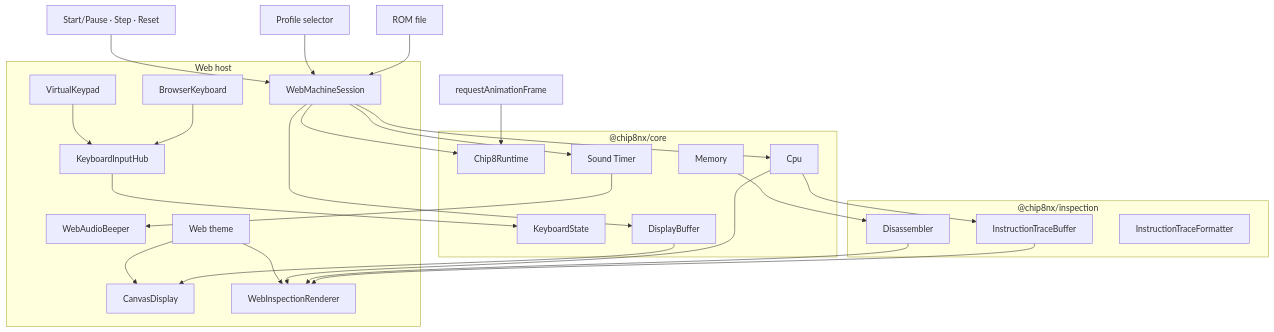
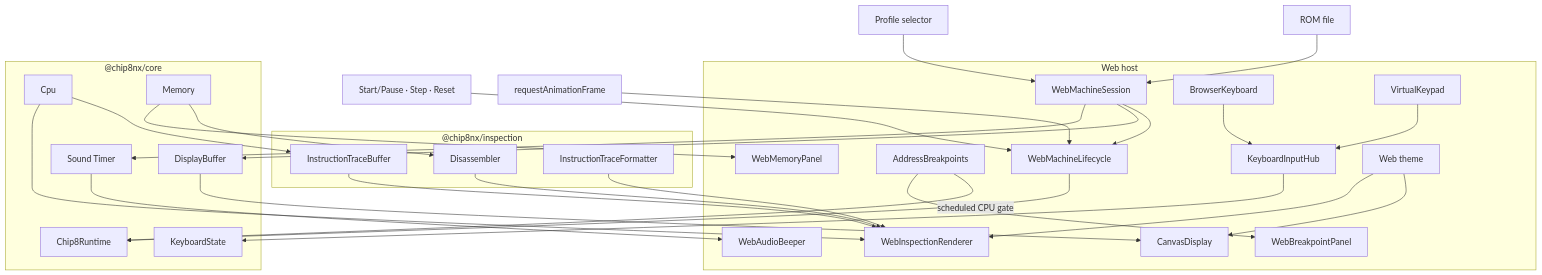
One commit to fa-ribeiro/Chip8NX changed the first of 2 diagrams in docs/guides/web-application.md. Above: the diagram before and after it, drawn with Mermaid. The commit also changed other lines of this file and 4 other files, not shown here.

Commit message:
docs: reconcile web debugger architecture and behavior

````diff
--- a/docs/guides/web-application.md
+++ b/docs/guides/web-application.md
@@ -80,63 +83,70 @@
 ```mermaid
 flowchart TB
     ROM["ROM file"]
     Profile["Profile selector"]
     Controls["Start/Pause · Step · Reset"]
     Loop["requestAnimationFrame"]
 
     subgraph Web["Web host"]
         Session["WebMachineSession"]
+        Lifecycle["WebMachineLifecycle"]
+        Breakpoints["AddressBreakpoints"]
 
         Physical["BrowserKeyboard"]
         Virtual["VirtualKeypad"]
         Hub["KeyboardInputHub"]
 
         Canvas["CanvasDisplay"]
         Audio["WebAudioBeeper"]
-
         Inspector["WebInspectionRenderer"]
+        MemoryPanel["WebMemoryPanel"]
+        BreakpointPanel["WebBreakpointPanel"]
         Theme["Web theme"]
     end
 
     subgraph Inspection["@chip8nx/inspection"]
         Disassembler["Disassembler"]
         TraceBuffer["InstructionTraceBuffer"]
         TraceFormatter["InstructionTraceFormatter"]
     end
 
     subgraph Core["@chip8nx/core"]
         Runtime["Chip8Runtime"]
         Cpu["Cpu"]
         Keyboard["KeyboardState"]
         DisplayBuffer["DisplayBuffer"]
         Sound["Sound Timer"]
         Memory["Memory"]
     end
 
     ROM --> Session
     Profile --> Session
-    Controls --> Session
-    Loop --> Runtime
+    Session --> Lifecycle
+    Controls --> Lifecycle
+    Loop --> Lifecycle
+    Lifecycle --> Runtime
 
-    Session --> Runtime
-    Session --> Cpu
-    Session --> DisplayBuffer
-    Session --> Sound
+    Breakpoints -->|"scheduled CPU gate"| Runtime
+    Breakpoints --> BreakpointPanel
 
     Physical --> Hub
     Virtual --> Hub
     Hub --> Keyboard
 
     Cpu --> TraceBuffer
     Memory --> Disassembler
 
     TraceBuffer --> Inspector
+    TraceFormatter --> Inspector
     Disassembler --> Inspector
     Cpu --> Inspector
 
+    Memory --> MemoryPanel
+    Session --> DisplayBuffer
+    Session --> Sound
     DisplayBuffer --> Canvas
     Sound --> Audio
 
     Theme --> Canvas
     Theme --> Inspector
 ```
````
